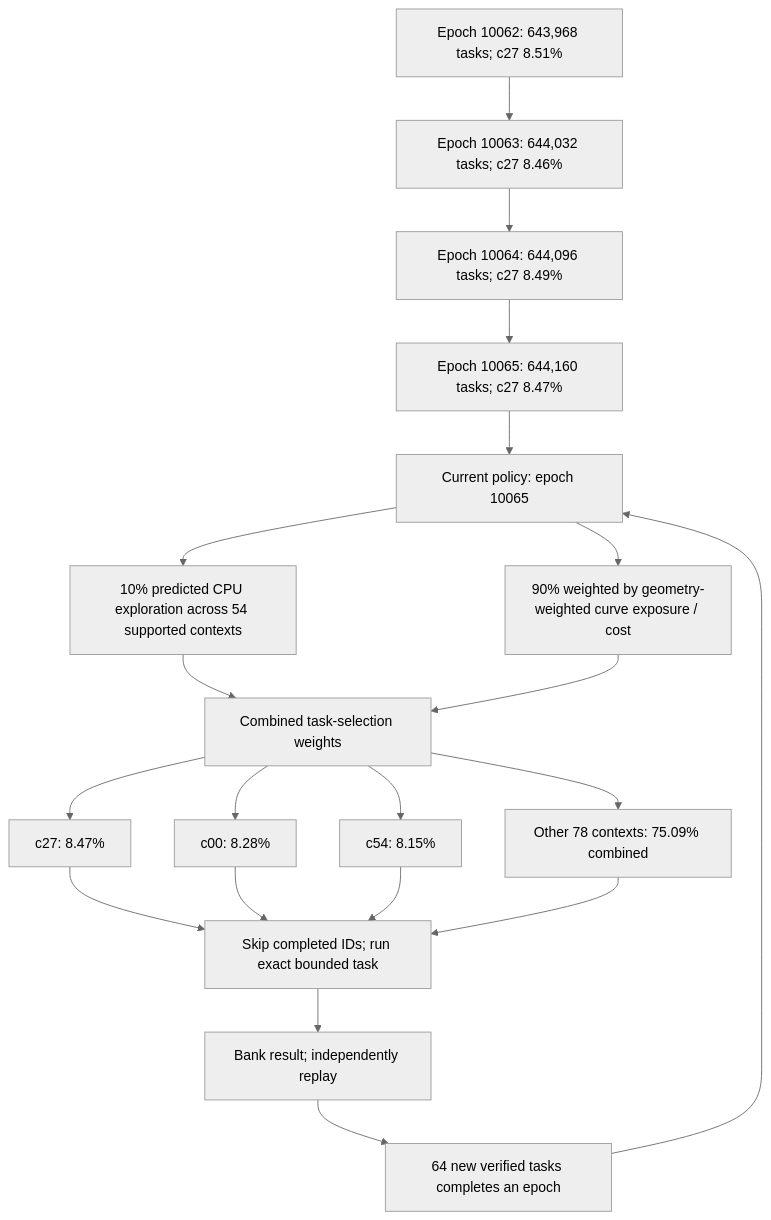
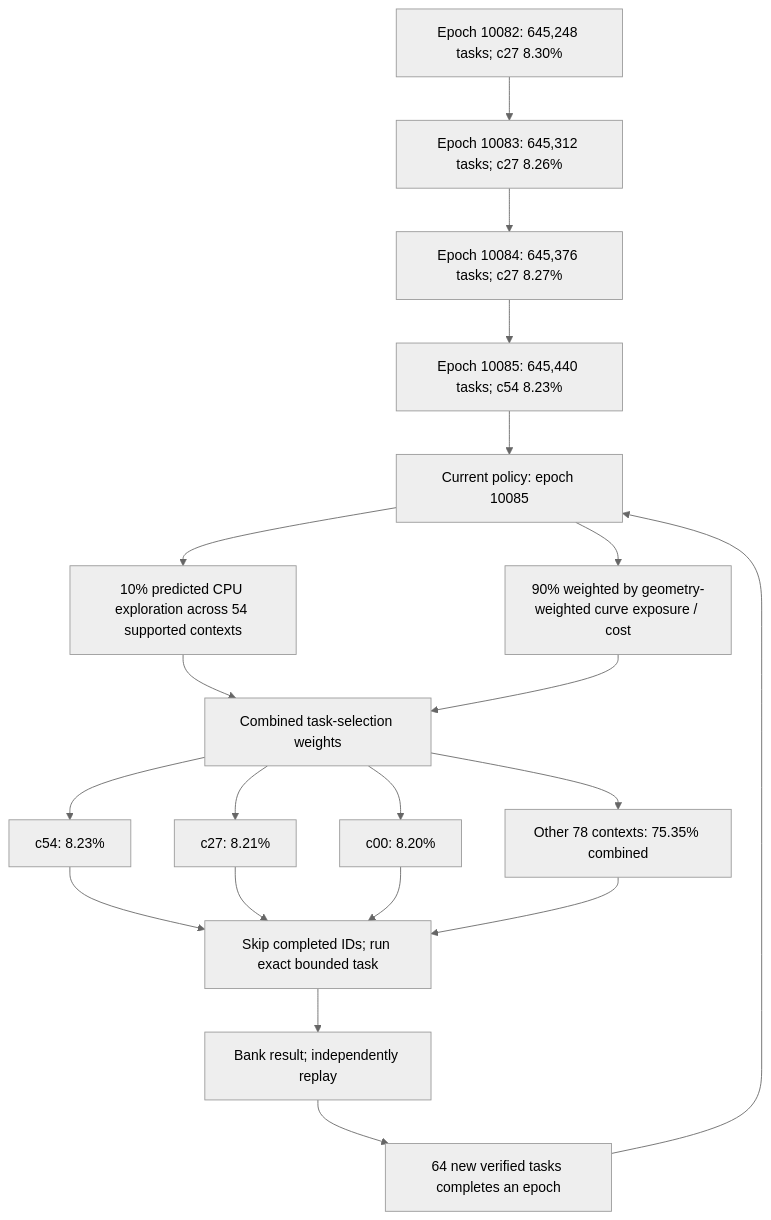
The first of 4 diagrams in README.md (Kuberwastaken/math-gambling), drawn with Mermaid (neutral theme) before and after one commit. The commit also changed other lines of this file and 2764 other files, not shown here.

````diff
--- a/README.md
+++ b/README.md
@@ -60,27 +60,27 @@
 ```mermaid
 flowchart TD
-    H0["Epoch 10062: 643,968 tasks; c27 8.51%"]
-    H1["Epoch 10063: 644,032 tasks; c27 8.46%"]
+    H0["Epoch 10082: 645,248 tasks; c27 8.30%"]
+    H1["Epoch 10083: 645,312 tasks; c27 8.26%"]
     H0 --> H1
-    H2["Epoch 10064: 644,096 tasks; c27 8.49%"]
+    H2["Epoch 10084: 645,376 tasks; c27 8.27%"]
     H1 --> H2
-    H3["Epoch 10065: 644,160 tasks; c27 8.47%"]
+    H3["Epoch 10085: 645,440 tasks; c54 8.23%"]
     H2 --> H3
-    Policy["Current policy: epoch 10065"]
+    Policy["Current policy: epoch 10085"]
     H3 --> Policy
     Policy --> Explore["10% predicted CPU exploration across 54 supported contexts"]
     Policy --> Cost["90% weighted by geometry-weighted curve exposure / cost"]
     Explore --> Mix["Combined task-selection weights"]
     Cost --> Mix
-    Mix --> C0["c27: 8.47%"]
-    Mix --> C1["c00: 8.28%"]
-    Mix --> C2["c54: 8.15%"]
-    Mix --> Rest["Other 78 contexts: 75.09% combined"]
+    Mix --> C0["c54: 8.23%"]
+    Mix --> C1["c27: 8.21%"]
+    Mix --> C2["c00: 8.20%"]
+    Mix --> Rest["Other 78 contexts: 75.35% combined"]
     C0 --> Check["Skip completed IDs; run exact bounded task"]
     C1 --> Check
     C2 --> Check
     Rest --> Check
     Check --> Replay["Bank result; independently replay"]
     Replay --> Gate["64 new verified tasks completes an epoch"]
     Gate --> Policy
 ```
````
